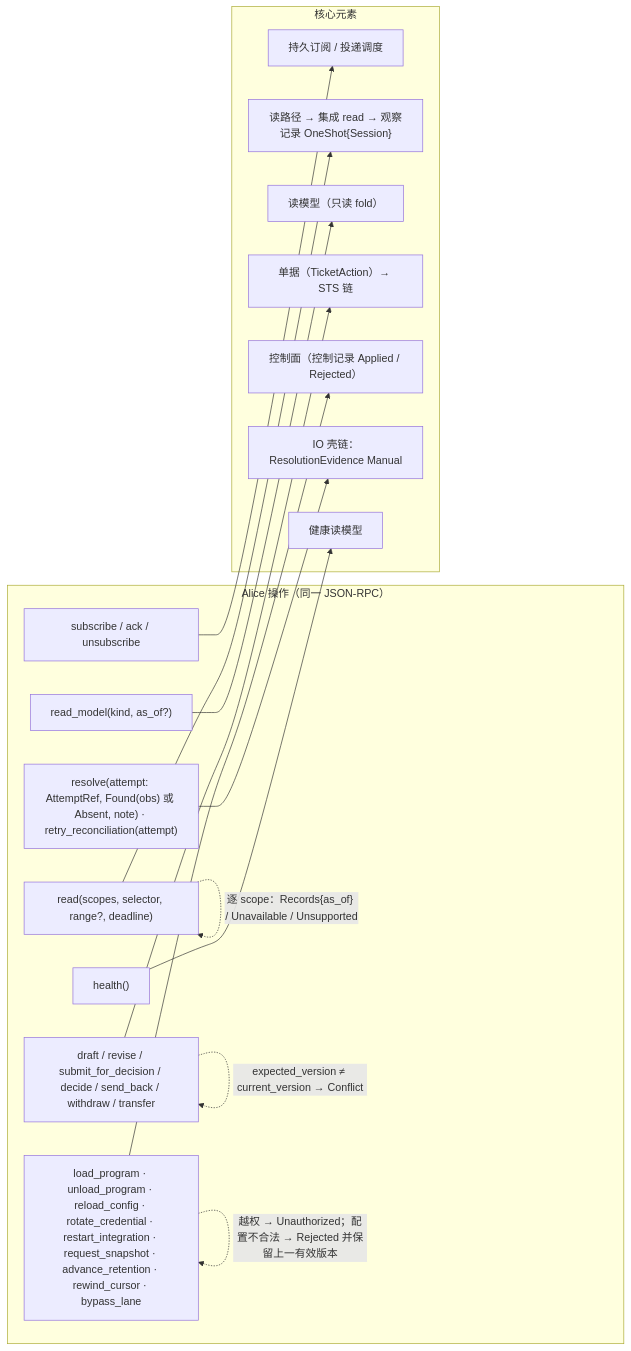
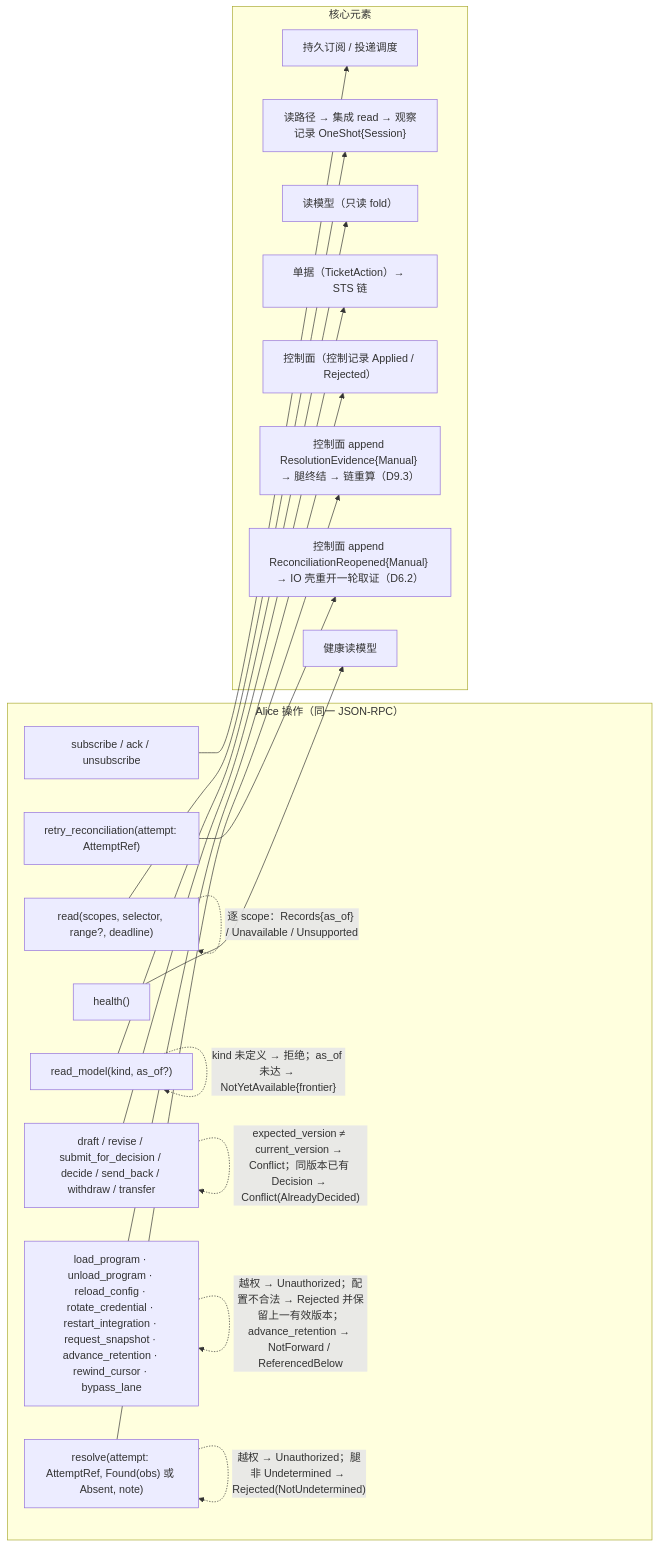
The second of 4 diagrams in design/diagrams/09-alice-session.md (mouriya-s-lab/uta), drawn with Mermaid before and after one commit. The commit also changed other lines of this file and 10 other files, not shown here.

````diff
--- a/design/diagrams/09-alice-session.md
+++ b/design/diagrams/09-alice-session.md
@@ -45,31 +45,36 @@
 ```mermaid
 flowchart LR
   subgraph OPS["Alice 操作（同一 JSON-RPC）"]
     S1["subscribe / ack / unsubscribe"]
     S2["read(scopes, selector, range?, deadline)"]
     S3["read_model(kind, as_of?)"]
     S4["draft / revise / submit_for_decision / decide / send_back / withdraw / transfer"]
     S5["load_program · unload_program · reload_config · rotate_credential · restart_integration · request_snapshot · advance_retention · rewind_cursor · bypass_lane"]
-    S6["resolve(attempt: AttemptRef, Found(obs) 或 Absent, note) · retry_reconciliation(attempt)"]
+    S6["resolve(attempt: AttemptRef, Found(obs) 或 Absent, note)"]
+    S6b["retry_reconciliation(attempt: AttemptRef)"]
     S7["health()"]
   end
   subgraph EL["核心元素"]
     SUB["持久订阅 / 投递调度"]
     RDP["读路径 → 集成 read → 观察记录 OneShot{Session}"]
     RM["读模型（只读 fold）"]
     TK["单据（TicketAction）→ STS 链"]
     CTL["控制面（控制记录 Applied / Rejected）"]
-    IOR["IO 壳链：ResolutionEvidence Manual"]
+    IOR["控制面 append ResolutionEvidence{Manual} → 腿终结 → 链重算（D9.3）"]
+    RRO["控制面 append ReconciliationReopened{Manual} → IO 壳重开一轮取证（D6.2）"]
     HL["健康读模型"]
   end
   S1 --> SUB
   S2 --> RDP
   S3 --> RM
   S4 --> TK
   S5 --> CTL
   S6 --> IOR
+  S6b --> RRO
   S7 --> HL
   S2 -.->|"逐 scope：Records{as_of} / Unavailable / Unsupported"| S2
-  S4 -.->|"expected_version ≠ current_version → Conflict"| S4
-  S5 -.->|"越权 → Unauthorized；配置不合法 → Rejected 并保留上一有效版本"| S5
+  S3 -.->|"kind 未定义 → 拒绝；as_of 未达 → NotYetAvailable{frontier}"| S3
+  S4 -.->|"expected_version ≠ current_version → Conflict；同版本已有 Decision → Conflict(AlreadyDecided)"| S4
+  S5 -.->|"越权 → Unauthorized；配置不合法 → Rejected 并保留上一有效版本；advance_retention → NotForward / ReferencedBelow"| S5
+  S6 -.->|"越权 → Unauthorized；腿非 Undetermined → Rejected(NotUndetermined)"| S6
 ```
````
